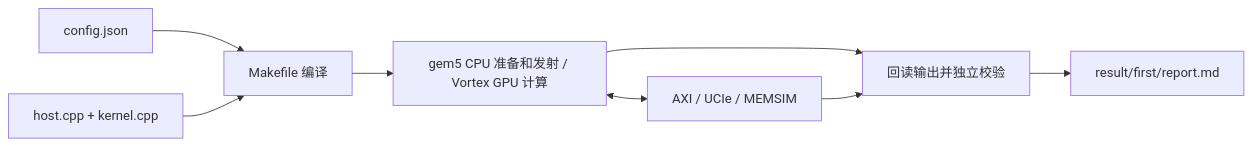
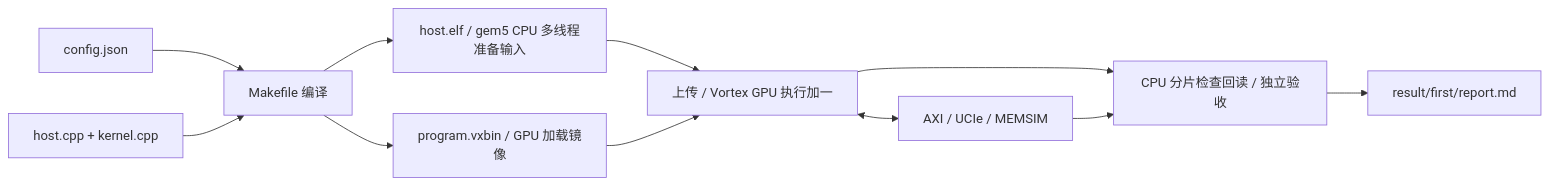
One commit to hy2581/vortex_StorageStacked changed the diagram in docs/02-用户从0开始添加SMOKE简要指南.md. Above: the diagram before and after it, drawn with Mermaid. The commit also changed other lines of this file and 5 other files, not shown here.

Commit message:
Document CPU GPU roles and gem5 multicore usage

````diff
--- a/docs/02-用户从0开始添加SMOKE简要指南.md
+++ b/docs/02-用户从0开始添加SMOKE简要指南.md
@@ -92,10 +94,13 @@
 ```mermaid
 flowchart LR
     A[config.json] --> B[Makefile 编译]
     C[host.cpp + kernel.cpp] --> B
-    B --> D[gem5 CPU 准备和发射 / Vortex GPU 计算]
+    B --> H[host.elf / gem5 CPU 多线程准备输入]
+    B --> K[program.vxbin / GPU 加载镜像]
+    H --> D[上传 / Vortex GPU 执行加一]
+    K --> D
     D <--> E[AXI / UCIe / MEMSIM]
-    D --> F[回读输出并独立校验]
+    D --> F[CPU 分片检查回读 / 独立验收]
     E --> F
     F --> G[result/first/report.md]
 ```
````
